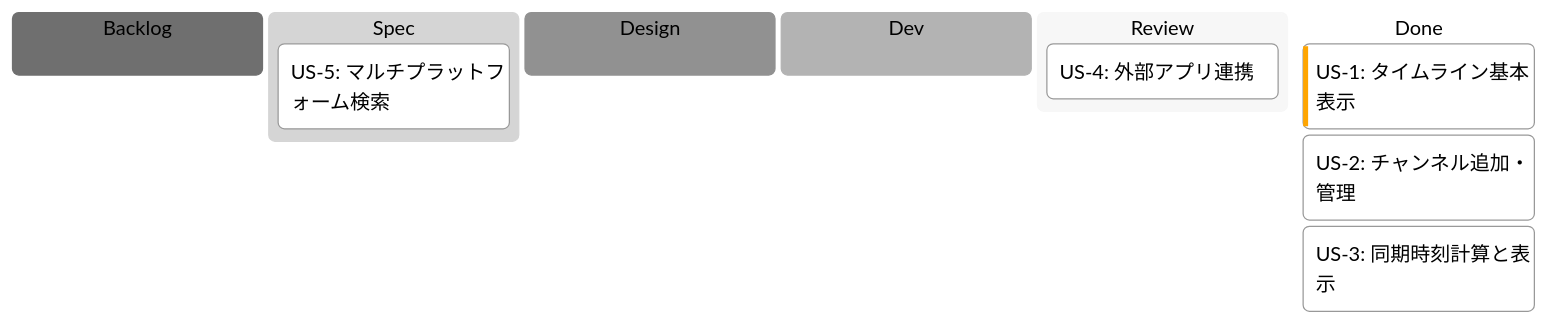
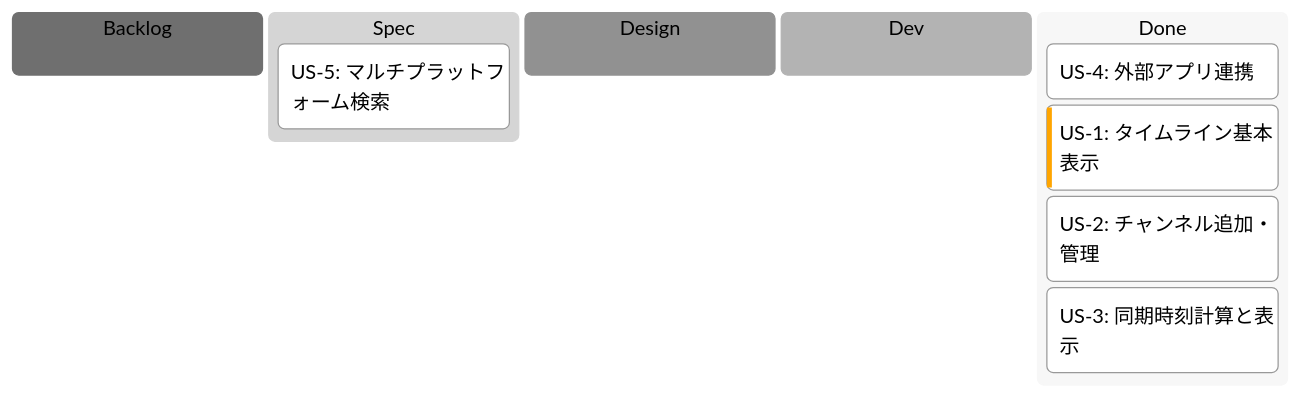
The first of 2 diagrams in implement-context/timeline-sync/EPIC.md (saki0000/collab-stream), drawn with Mermaid (neutral theme) before and after one commit. The commit also changed other lines of this file and 5 other files, not shown here.

````diff
--- a/implement-context/timeline-sync/EPIC.md
+++ b/implement-context/timeline-sync/EPIC.md
@@ -27,19 +27,18 @@
 ```mermaid
 ---
 config:
   kanban:
     ticketBaseUrl: ''
 ---
 kanban
   backlog[Backlog]
   spec[Spec]
     us5[US-5: マルチプラットフォーム検索]
   design[Design]
   dev[Dev]
-  review[Review]
+  done[Done]
     us4[US-4: 外部アプリ連携]
-  done[Done]
     us1[US-1: タイムライン基本表示]@{ priority: 'High' }
     us2[US-2: チャンネル追加・管理]
     us3[US-3: 同期時刻計算と表示]
 ```
````
